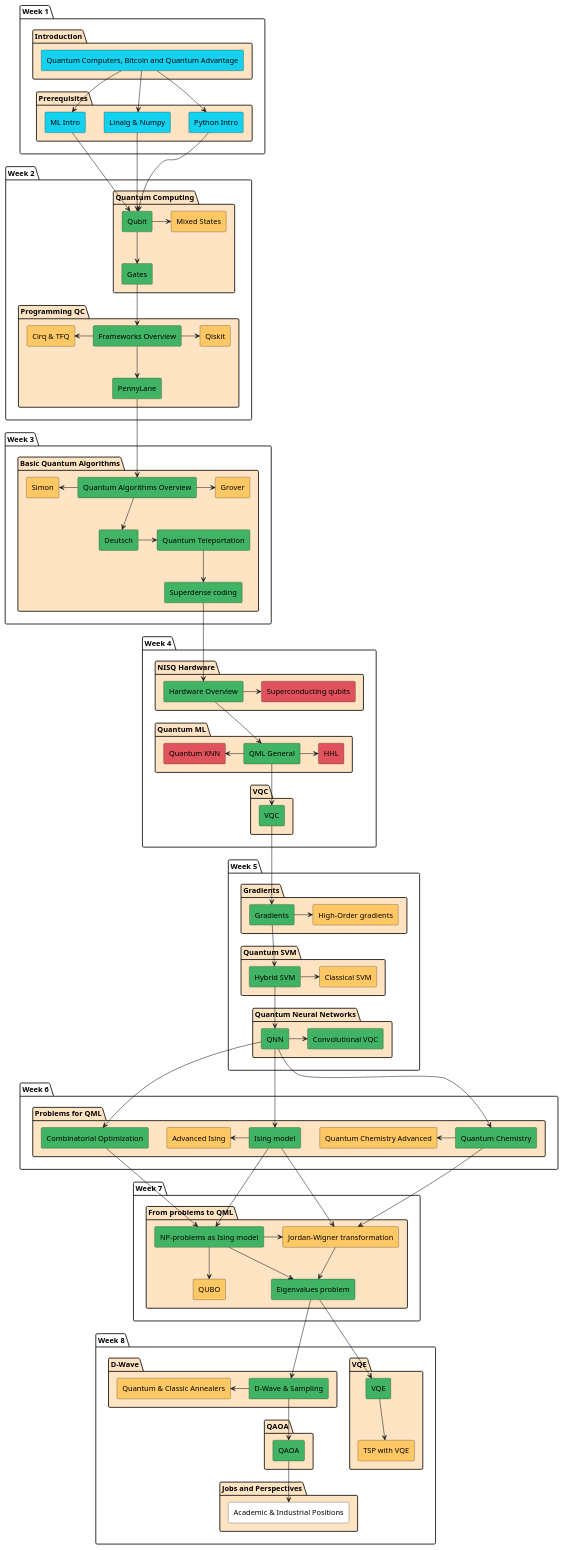
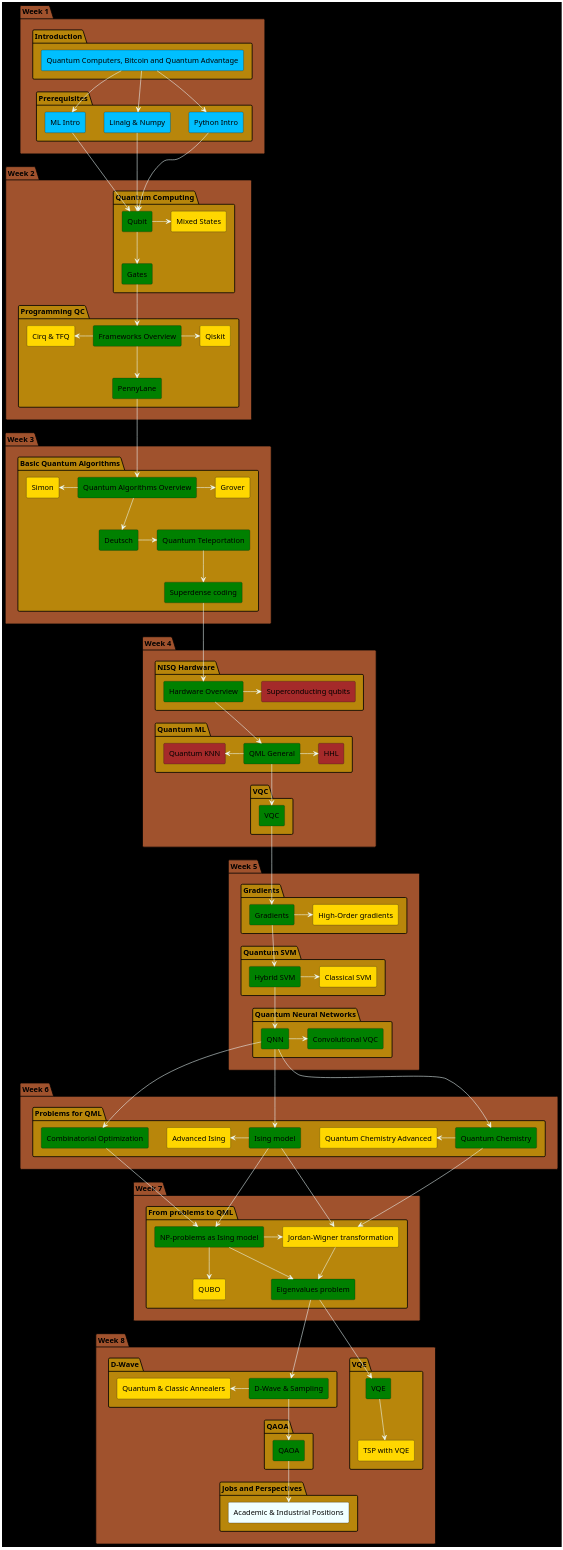
One commit to quantum-ods/qmlcourse changed the diagram in _static/index/program.plantuml. Above: the diagram before and after it, drawn with PlantUML. The commit also changed 77 other files, not shown here.

```diff
--- a/_static/index/program.plantuml
+++ b/_static/index/program.plantuml
@@ -1,190 +1,196 @@
 @startuml
-package "Week 1" {
-        package "Introduction" #Bisque {
-                rectangle "Quantum Computers, Bitcoin and Quantum Advantage" as intro #14D2EF
+
+skinparam {
+  BackgroundColor Black
+  ArrowColor Azure
+}
+
+package "Week 1" #Sienna {
+        package "Introduction" #DarkGoldenRod {
+                rectangle "Quantum Computers, Bitcoin and Quantum Advantage" as intro #DeepSkyBlue
         }
 
-        package "Prerequisites" #Bisque {
-                rectangle "Python Intro" as python_intro #14D2EF
-                rectangle "Linalg & Numpy" as linalg_numpy_intro #14D2EF
-                rectangle "ML Intro" as ml_intro #14D2EF
+        package "Prerequisites" #DarkGoldenRod {
+                rectangle "Python Intro" as python_intro #DeepSkyBlue
+                rectangle "Linalg & Numpy" as linalg_numpy_intro #DeepSkyBlue
+                rectangle "ML Intro" as ml_intro #DeepSkyBlue
         }
 }
 
 intro --> python_intro
 intro --> linalg_numpy_intro
 intro --> ml_intro
 
-package "Week 2" {
-        package "Quantum Computing" as qci #Bisque {
-                rectangle "Qubit" as qubit #40B464
-                rectangle "Gates" as gates #40B464
-                rectangle "Mixed States" as mixed #FFC864
+package "Week 2" #Sienna {
+        package "Quantum Computing" as qci #DarkGoldenRod {
+                rectangle "Qubit" as qubit #Green
+                rectangle "Gates" as gates #Green
+                rectangle "Mixed States" as mixed #Gold
         }
 
-        package "Programming QC" #Bisque {
-                rectangle "Frameworks Overview" as frameworks_overview #40B464
-                rectangle "PennyLane" as pennylane #40B464
-                rectangle "Cirq & TFQ" as cirq_tfq #FFC864
-                rectangle "Qiskit" as qiskit #FFC864
+        package "Programming QC" #DarkGoldenRod {
+                rectangle "Frameworks Overview" as frameworks_overview #Green
+                rectangle "PennyLane" as pennylane #Green
+                rectangle "Cirq & TFQ" as cirq_tfq #Gold
+                rectangle "Qiskit" as qiskit #Gold
         }
 }
 
 python_intro --> qubit
 linalg_numpy_intro --> qubit
 ml_intro --> qubit
 
 qubit --> gates
 qubit -> mixed
 
 gates --> frameworks_overview
 frameworks_overview --> pennylane
 cirq_tfq <- frameworks_overview
 frameworks_overview -> qiskit
 
-package "Week 3" {
-        package "Basic Quantum Algorithms" as qalgo #Bisque {
-                rectangle "Quantum Algorithms Overview" as quantum_algorithms_overview #40B464
-                rectangle "Deutsch" as deutsch #40B464
-                rectangle "Quantum Teleportation" as quantum_teleportation #40B464
-                rectangle "Superdense coding" as superdense_coding #40B464
-                rectangle "Grover" as grover #FFC864
-                rectangle "Simon" as saimon #FFC864
+package "Week 3" #Sienna {
+        package "Basic Quantum Algorithms" as qalgo #DarkGoldenRod {
+                rectangle "Quantum Algorithms Overview" as quantum_algorithms_overview #Green
+                rectangle "Deutsch" as deutsch #Green
+                rectangle "Quantum Teleportation" as quantum_teleportation #Green
+                rectangle "Superdense coding" as superdense_coding #Green
+                rectangle "Grover" as grover #Gold
+                rectangle "Simon" as saimon #Gold
         }
 
 }
 
 pennylane --> quantum_algorithms_overview
 
 quantum_algorithms_overview --> deutsch
 quantum_algorithms_overview -> grover
 saimon <- quantum_algorithms_overview
 
 deutsch -> quantum_teleportation
 quantum_teleportation --> superdense_coding
 
-package "Week 4" {
+package "Week 4" #Sienna {
 
-        package "NISQ Hardware" #Bisque {
-                rectangle "Hardware Overview" as hardware_overview #40B464
-                rectangle "Superconducting qubits" as superconducting_qubits #E0535C
+        package "NISQ Hardware" #DarkGoldenRod {
+                rectangle "Hardware Overview" as hardware_overview #Green
+                rectangle "Superconducting qubits" as superconducting_qubits #Brown
         }
 
-        package "Quantum ML" #Bisque {
-                rectangle "QML General" as qml_general #40B464
-                rectangle "HHL" as hhl #E0535C
-                rectangle "Quantum KNN" as qknn #E0535C
+        package "Quantum ML" #DarkGoldenRod {
+                rectangle "QML General" as qml_general #Green
+                rectangle "HHL" as hhl #Brown
+                rectangle "Quantum KNN" as qknn #Brown
         }
 
-        package "VQC" #Bisque {
-                rectangle "VQC" as vqc #40B464
+        package "VQC" #DarkGoldenRod {
+                rectangle "VQC" as vqc #Green
         }
 
 }
 
 superdense_coding --> hardware_overview
 hardware_overview -> superconducting_qubits
 
 hardware_overview --> qml_general
 
 qml_general -> hhl
 qknn <- qml_general
 
 qml_general --> vqc
 
-package "Week 5" {
+package "Week 5" #Sienna {
 
-        package "Gradients" #Bisque {
-                rectangle "Gradients" as gradients #40B464
-                rectangle "High-Order gradients" as high_gradients #FFC864
+        package "Gradients" #DarkGoldenRod {
+                rectangle "Gradients" as gradients #Green
+                rectangle "High-Order gradients" as high_gradients #Gold
         }
 
-        package "Quantum SVM" #Bisque {
-                rectangle "Hybrid SVM" as hybrid_svm #40B464
-                rectangle "Classical SVM" as classical_svm #FFC864
+        package "Quantum SVM" #DarkGoldenRod {
+                rectangle "Hybrid SVM" as hybrid_svm #Green
+                rectangle "Classical SVM" as classical_svm #Gold
         }
 
-        package "Quantum Neural Networks" #Bisque {
-                rectangle "QNN" as quantum_nn #40B464
-'                rectangle "Barren plateaus" as barren #FFC864
-                rectangle "Convolutional VQC" as quantum_cnn #40B464
+        package "Quantum Neural Networks" #DarkGoldenRod {
+                rectangle "QNN" as quantum_nn #Green
+'                rectangle "Barren plateaus" as barren #Gold
+                rectangle "Convolutional VQC" as quantum_cnn #Green
         }
 }
 
 vqc --> gradients
 gradients -> high_gradients
 
 gradients --> hybrid_svm
 hybrid_svm -> classical_svm
 
 hybrid_svm --> quantum_nn
 quantum_nn -> quantum_cnn
 
-package "Week 6" {
-        package "Problems for QML" #Bisque {
-                rectangle "Ising model" as ising #40B464
-                rectangle "Advanced Ising" as ising_advanced #FFC864
-                rectangle "Combinatorial Optimization" as combinatorial_optimization #40B464
-                rectangle "Quantum Chemistry" as quantum_chemistry #40B464
-                rectangle "Quantum Chemistry Advanced" as quantum_chemistry_advanced #FFC864
+package "Week 6" #Sienna {
+        package "Problems for QML" #DarkGoldenRod {
+                rectangle "Ising model" as ising #Green
+                rectangle "Advanced Ising" as ising_advanced #Gold
+                rectangle "Combinatorial Optimization" as combinatorial_optimization #Green
+                rectangle "Quantum Chemistry" as quantum_chemistry #Green
+                rectangle "Quantum Chemistry Advanced" as quantum_chemistry_advanced #Gold
         }
 }
 
 quantum_nn --> ising
 quantum_nn --> combinatorial_optimization
 quantum_nn --> quantum_chemistry
 
 ising_advanced <- ising
 quantum_chemistry_advanced <- quantum_chemistry
 
-package "Week 7" {
-        package "From problems to QML" #Bisque {
-                rectangle "NP-problems as Ising model" as np_problem_ising #40B464
-                rectangle "Jordan-Wigner transformation" as jordan_wigner #FFC864
-                rectangle "QUBO" as qubo #FFC864
-                rectangle "Eigenvalues problem" as eigenvalues_problem #40B464
+package "Week 7" #Sienna {
+        package "From problems to QML" #DarkGoldenRod {
+                rectangle "NP-problems as Ising model" as np_problem_ising #Green
+                rectangle "Jordan-Wigner transformation" as jordan_wigner #Gold
+                rectangle "QUBO" as qubo #Gold
+                rectangle "Eigenvalues problem" as eigenvalues_problem #Green
         }
 
 }
 
 combinatorial_optimization --> np_problem_ising
 ising --> np_problem_ising
 ising --> jordan_wigner
 quantum_chemistry --> jordan_wigner
 
 np_problem_ising --> eigenvalues_problem
 jordan_wigner <- np_problem_ising
 np_problem_ising --> qubo
 jordan_wigner --> eigenvalues_problem
 
-package "Week 8" {
-        package "VQE" #Bisque {
-                rectangle "VQE" as vqe #40B464
-                rectangle "TSP with VQE" as tsp_with_vqe #FFC864
+package "Week 8" #Sienna {
+        package "VQE" #DarkGoldenRod {
+                rectangle "VQE" as vqe #Green
+                rectangle "TSP with VQE" as tsp_with_vqe #Gold
         }
 
-        package "D-Wave" #Bisque {
-                rectangle "D-Wave & Sampling" as d_wave #40B464
-                rectangle "Quantum & Classic Annealers" as q_c_annealers #FFC864
+        package "D-Wave" #DarkGoldenRod {
+                rectangle "D-Wave & Sampling" as d_wave #Green
+                rectangle "Quantum & Classic Annealers" as q_c_annealers #Gold
         }
 
-        package "QAOA" #Bisque {
-                rectangle "QAOA" as qaoa #40B464
+        package "QAOA" #DarkGoldenRod {
+                rectangle "QAOA" as qaoa #Green
         }
 
-        package "Jobs and Perspectives" as jobs #Bisque {
-                rectangle "Academic & Industrial Positions" as academic_industrial #White
+        package "Jobs and Perspectives" as jobs #DarkGoldenRod {
+                rectangle "Academic & Industrial Positions" as academic_industrial #Azure
         }
 }
 
 eigenvalues_problem --> vqe
 eigenvalues_problem --> d_wave
 
 vqe --> tsp_with_vqe
 
 q_c_annealers <- d_wave
 d_wave --> qaoa
 
 qaoa --> academic_industrial
 
 @enduml
```
